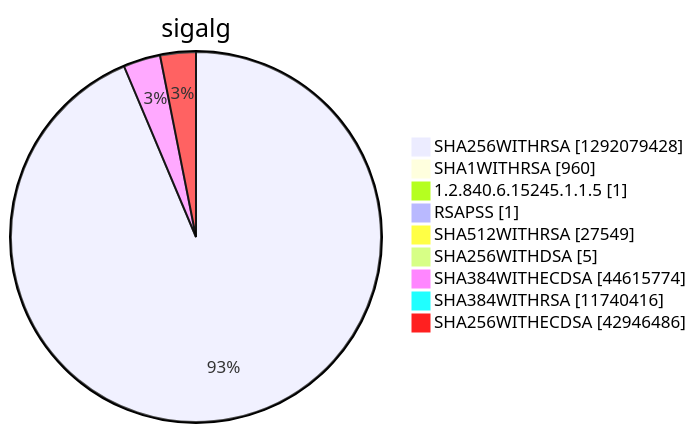
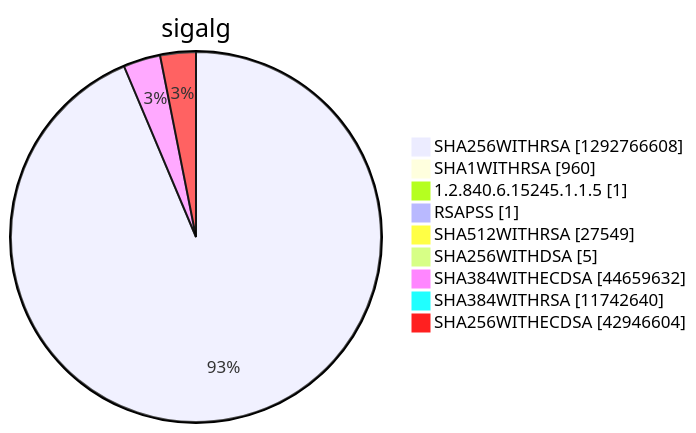
Before and after one commit to christiankrug/ctmonitor_visualization: diagram 15 of 15 in argon2022/README.md, drawn with Mermaid. The commit also changed other lines of this file, not shown here.

````diff
--- a/argon2022/README.md
+++ b/argon2022/README.md
@@ -5523,13 +5523,13 @@
 ```mermaid
 pie showData
 title sigalg
-"SHA256WITHRSA" :1292079428
+"SHA256WITHRSA" :1292766608
 "SHA1WITHRSA" :960
 "1.2.840.6.15245.1.1.5" :1
 "RSAPSS" :1
 "SHA512WITHRSA" :27549
 "SHA256WITHDSA" :5
-"SHA384WITHECDSA" :44615774
-"SHA384WITHRSA" :11740416
-"SHA256WITHECDSA" :42946486
+"SHA384WITHECDSA" :44659632
+"SHA384WITHRSA" :11742640
+"SHA256WITHECDSA" :42946604
 ```
````
